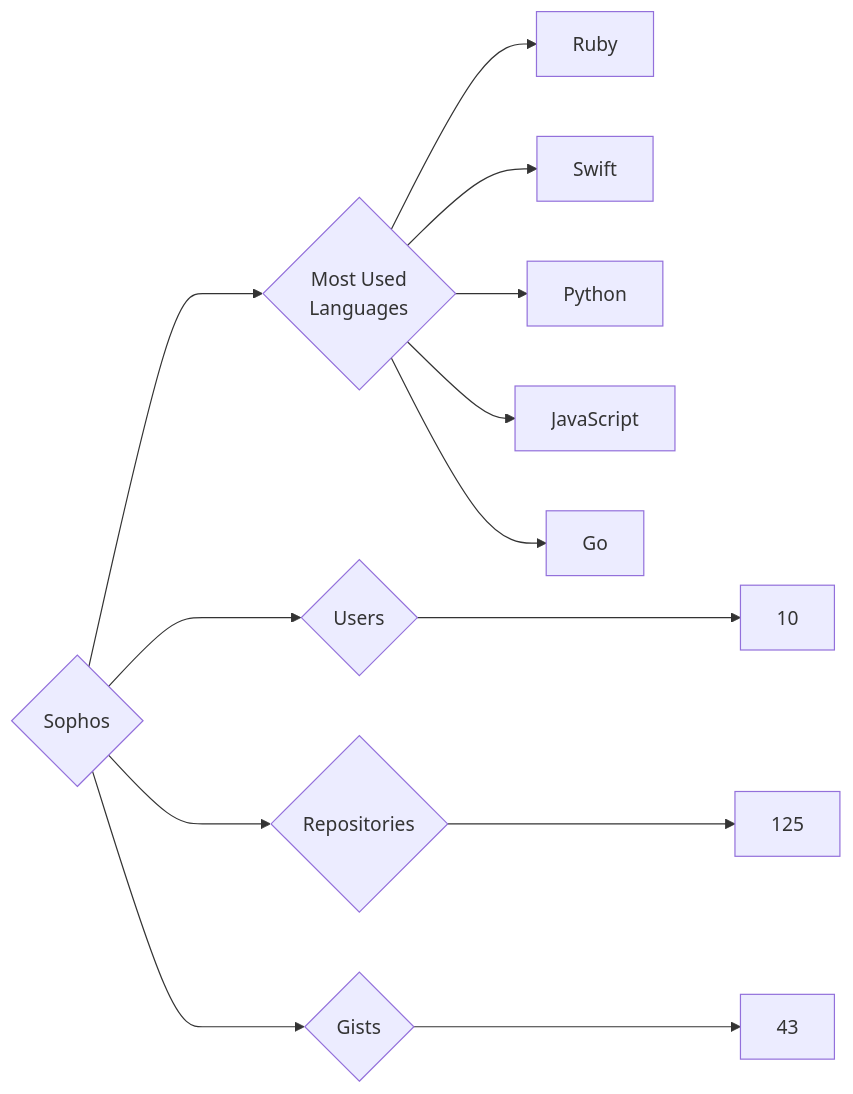
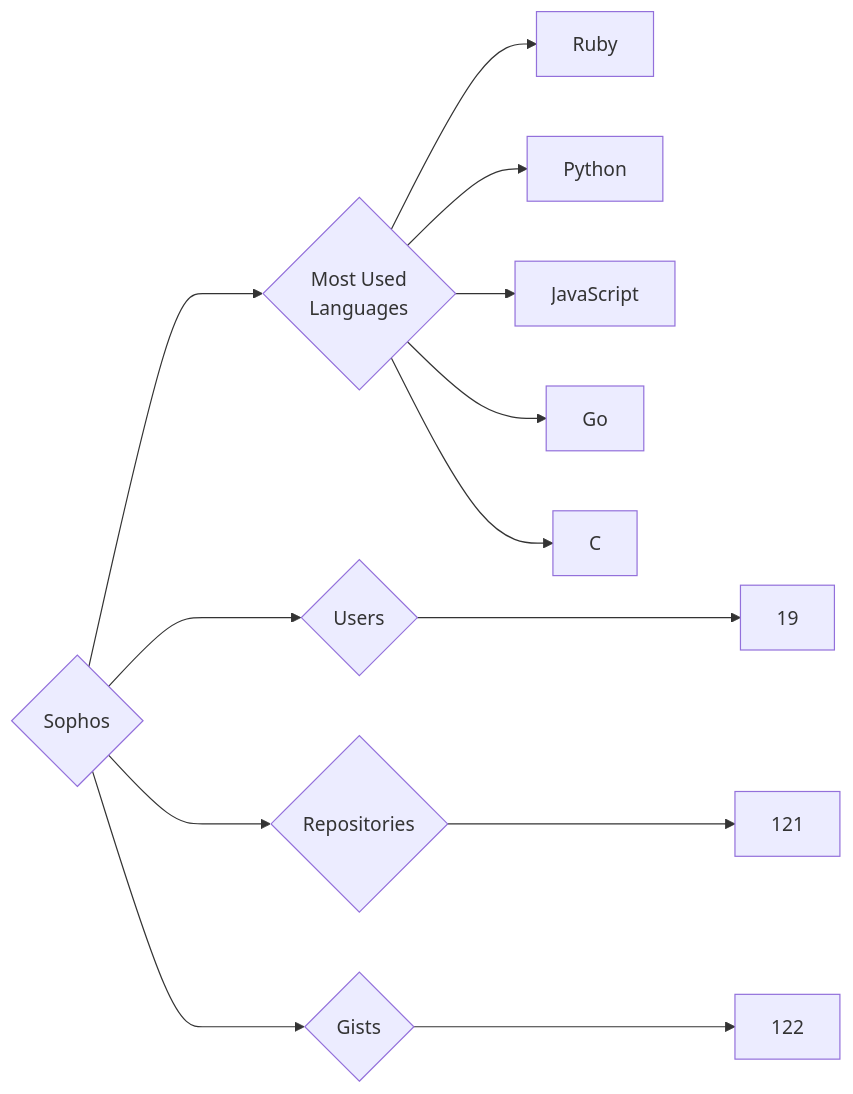
One commit to trickest/insiders changed the diagram in targets/Sophos/README.md. Above: the diagram before and after it, drawn with Mermaid. The commit also changed 1696 other files, not shown here.

````diff
--- a/targets/Sophos/README.md
+++ b/targets/Sophos/README.md
@@ -3,13 +3,13 @@
 ```mermaid
 graph LR
 COMPANY_NAME{Sophos}
-COMPANY_NAME ---> U{Users} ---> UN[10]
-COMPANY_NAME ---> R{Repositories} ---> RN[125]
-COMPANY_NAME ---> G{Gists} ---> GN[43]
+COMPANY_NAME ---> U{Users} ---> UN[19]
+COMPANY_NAME ---> R{Repositories} ---> RN[121]
+COMPANY_NAME ---> G{Gists} ---> GN[122]
 COMPANY_NAME ---> ML{Most Used<br>Languages}
 ML --> Ruby[Ruby]
-ML --> Swift[Swift]
 ML --> Python[Python]
 ML --> JavaScript[JavaScript]
 ML --> Go[Go]
+ML --> C[C]
 ```
````
